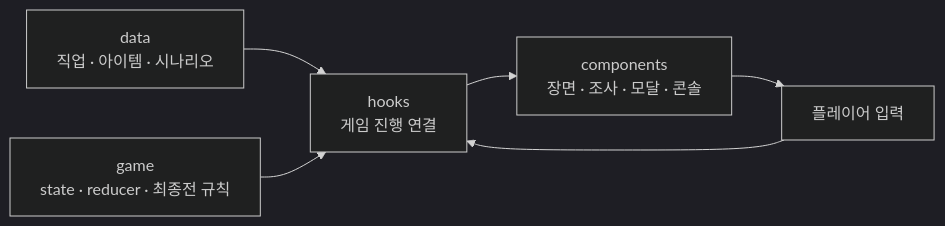
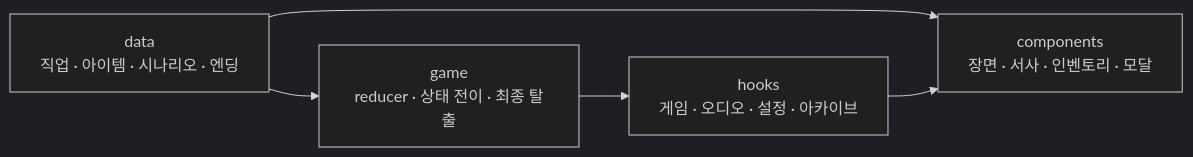
One commit to tichieeee1023/aquarium-trpg changed the fourth of 5 diagrams in README.md. Above: the diagram before and after it, drawn with Mermaid (dark theme). The commit also changed other lines of this file and 2 other files, not shown here.

````diff
--- a/README.md
+++ b/README.md
@@ -281,8 +306,12 @@
 ```mermaid
 flowchart LR
-  Data[data<br/>직업 · 아이템 · 시나리오] --> Hook[hooks<br/>게임 진행 연결]
-  Game[game<br/>state · reducer · 최종전 규칙] --> Hook
-  Hook --> UI[components<br/>장면 · 조사 · 모달 · 콘솔]
-  UI --> Player[플레이어 입력]
-  Player --> Hook
+    DATA[data<br/>직업 · 아이템 · 시나리오 · 엔딩]
+    GAME[game<br/>reducer · 상태 전이 · 최종 탈출]
+    HOOKS[hooks<br/>게임 · 오디오 · 설정 · 아카이브]
+    UI[components<br/>장면 · 서사 · 인벤토리 · 모달]
+
+    DATA --> GAME
+    GAME --> HOOKS
+    DATA --> UI
+    HOOKS --> UI
 ```
````
